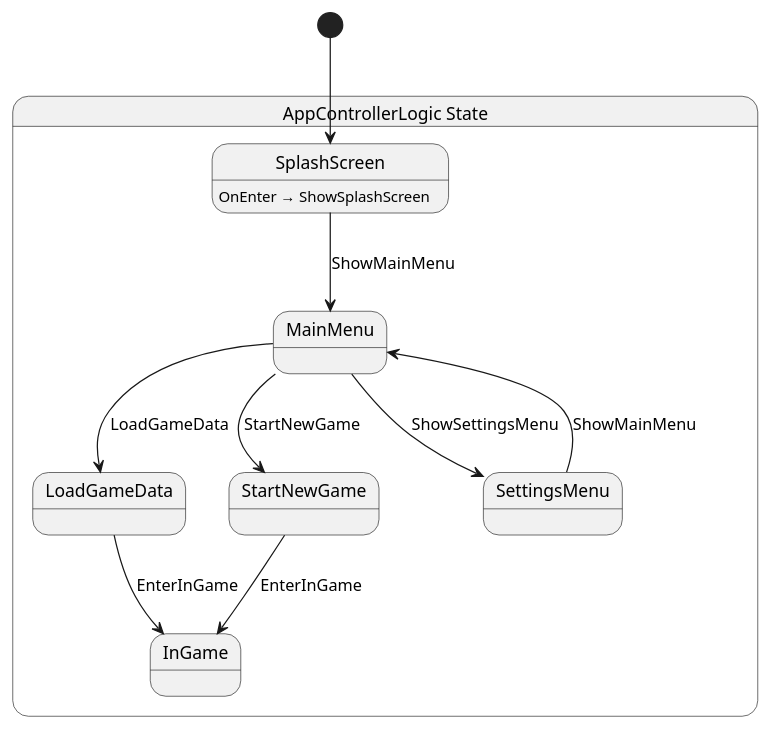
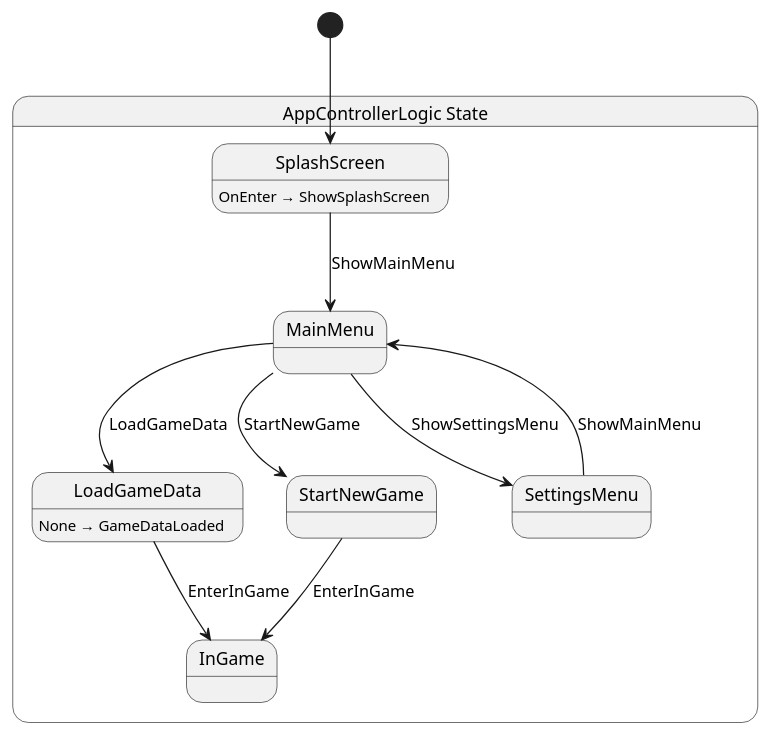
One commit to zheladev/ADHDGame changed the diagram in src/scenes/app_controller/logic/AppControllerLogic.g.puml. Above: the diagram before and after it, drawn with PlantUML. The commit also changed 1 other file, not shown here.

Commit message:
feat: load proper node on startup

```diff
--- a/src/scenes/app_controller/logic/AppControllerLogic.g.puml
+++ b/src/scenes/app_controller/logic/AppControllerLogic.g.puml
@@ -1,22 +1,23 @@
 @startuml AppControllerLogic
 state "AppControllerLogic State" as ADHDGame_Scenes_AppController_AppControllerLogic_State {
   state "InGame" as ADHDGame_Scenes_AppController_AppControllerLogic_State_InGame
   state "LoadGameData" as ADHDGame_Scenes_AppController_AppControllerLogic_State_LoadGameData
   state "MainMenu" as ADHDGame_Scenes_AppController_AppControllerLogic_State_MainMenu
   state "SettingsMenu" as ADHDGame_Scenes_AppController_AppControllerLogic_State_SettingsMenu
   state "SplashScreen" as ADHDGame_Scenes_AppController_AppControllerLogic_State_SplashScreen
   state "StartNewGame" as ADHDGame_Scenes_AppController_AppControllerLogic_State_StartNewGame
 }
 
 ADHDGame_Scenes_AppController_AppControllerLogic_State_LoadGameData --> ADHDGame_Scenes_AppController_AppControllerLogic_State_InGame : EnterInGame
 ADHDGame_Scenes_AppController_AppControllerLogic_State_MainMenu --> ADHDGame_Scenes_AppController_AppControllerLogic_State_LoadGameData : LoadGameData
 ADHDGame_Scenes_AppController_AppControllerLogic_State_MainMenu --> ADHDGame_Scenes_AppController_AppControllerLogic_State_SettingsMenu : ShowSettingsMenu
 ADHDGame_Scenes_AppController_AppControllerLogic_State_MainMenu --> ADHDGame_Scenes_AppController_AppControllerLogic_State_StartNewGame : StartNewGame
 ADHDGame_Scenes_AppController_AppControllerLogic_State_SettingsMenu --> ADHDGame_Scenes_AppController_AppControllerLogic_State_MainMenu : ShowMainMenu
 ADHDGame_Scenes_AppController_AppControllerLogic_State_SplashScreen --> ADHDGame_Scenes_AppController_AppControllerLogic_State_MainMenu : ShowMainMenu
 ADHDGame_Scenes_AppController_AppControllerLogic_State_StartNewGame --> ADHDGame_Scenes_AppController_AppControllerLogic_State_InGame : EnterInGame
 
+ADHDGame_Scenes_AppController_AppControllerLogic_State_LoadGameData : None → GameDataLoaded
 ADHDGame_Scenes_AppController_AppControllerLogic_State_SplashScreen : OnEnter → ShowSplashScreen
 
 [*] --> ADHDGame_Scenes_AppController_AppControllerLogic_State_SplashScreen
 @enduml
```
